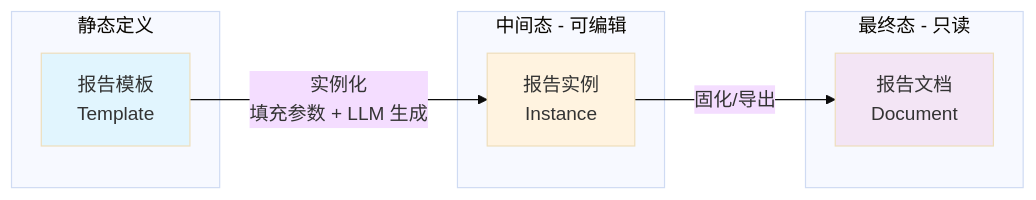
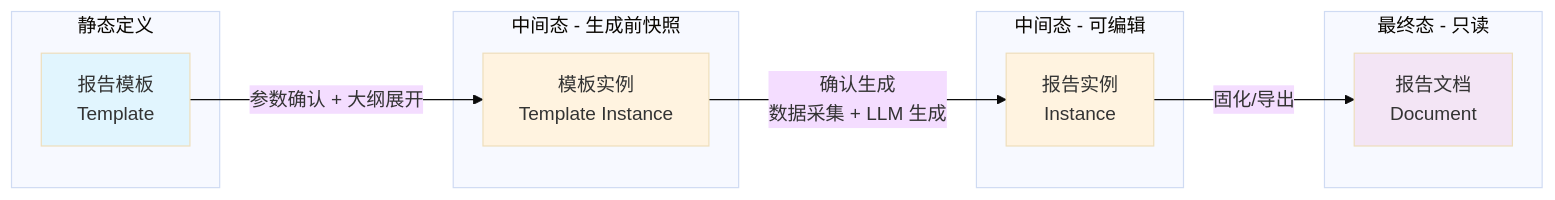
The third of 6 diagrams in design/design.md (shel447/ReportSystem), drawn with Mermaid (base theme) before and after one commit. The commit also changed other lines of this file and 18 other files, not shown here.

Commit message:
feat: add template instance snapshots

````diff
--- a/design/design.md
+++ b/design/design.md
@@ -164,21 +173,27 @@
 ```mermaid
 graph LR
-    A[报告模板<br/>Template] -->|实例化<br/>填充参数 + LLM 生成 | B[报告实例<br/>Instance]
-    B -->|固化/导出 | C[报告文档<br/>Document]
+    A[报告模板<br/>Template] -->|参数确认 + 大纲展开| B[模板实例<br/>Template Instance]
+    B -->|确认生成<br/>数据采集 + LLM 生成 | C[报告实例<br/>Instance]
+    C -->|固化/导出 | D[报告文档<br/>Document]
     
     style A fill:#e1f5fe
     style B fill:#fff3e0
-    style C fill:#f3e5f5
+    style C fill:#fff3e0
+    style D fill:#f3e5f5
     
     subgraph 静态定义
         A
     end
     
-    subgraph 中间态 - 可编辑
+    subgraph 中间态 - 生成前快照
         B
     end
     
-    subgraph 最终态 - 只读
+    subgraph 中间态 - 可编辑
         C
     end
+
+    subgraph 最终态 - 只读
+        D
+    end
 ```
````
